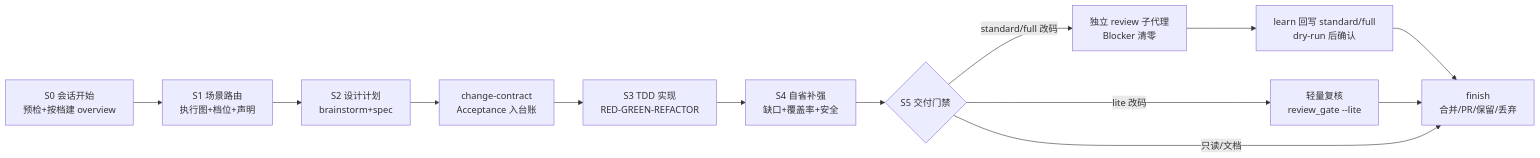
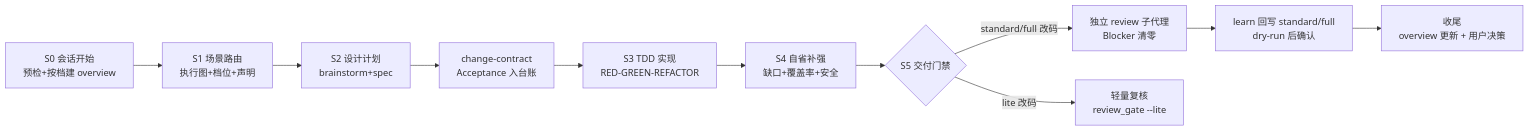
Before and after one commit to sao-lang/skills: the diagram in README.md, drawn with Mermaid. The commit also changed other lines of this file and 28 other files, not shown here.

````diff
--- a/README.md
+++ b/README.md
@@ -38,15 +38,13 @@
 ```mermaid
 flowchart LR
     A[S0 会话开始<br/>预检+按档建 overview] --> B[S1 场景路由<br/>执行图+档位+声明]
     B --> C[S2 设计计划<br/>brainstorm+spec]
     C --> C2[change-contract<br/>Acceptance 入台账]
     C2 --> D[S3 TDD 实现<br/>RED-GREEN-REFACTOR]
     D --> E[S4 自省补强<br/>缺口+覆盖率+安全]
     E --> F{S5 交付门禁}
     F -->|standard/full 改码| G[独立 review 子代理<br/>Blocker 清零]
     F -->|lite 改码| L[轻量复核<br/>review_gate --lite]
     G --> LE[learn 回写 standard/full<br/>dry-run 后确认]
-    LE --> H[finish<br/>合并/PR/保留/丢弃]
-    L --> H
-    F -->|只读/文档| H
+    LE --> H[收尾<br/>overview 更新 + 用户决策]
 ```
````
